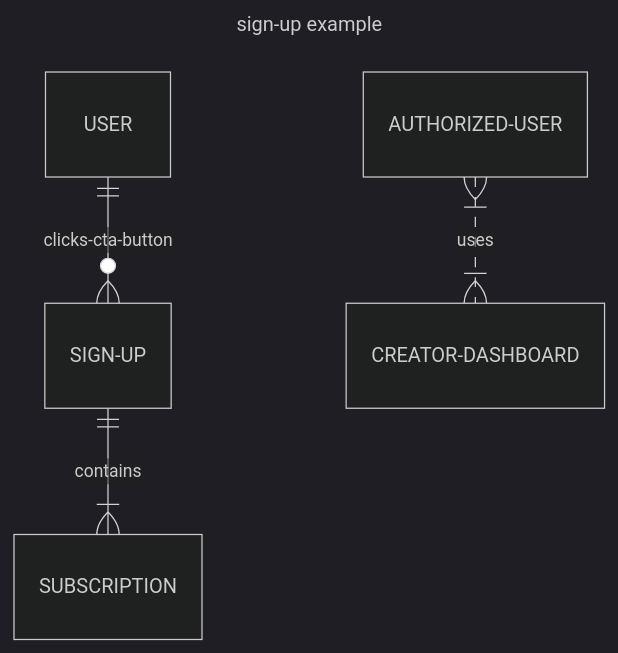
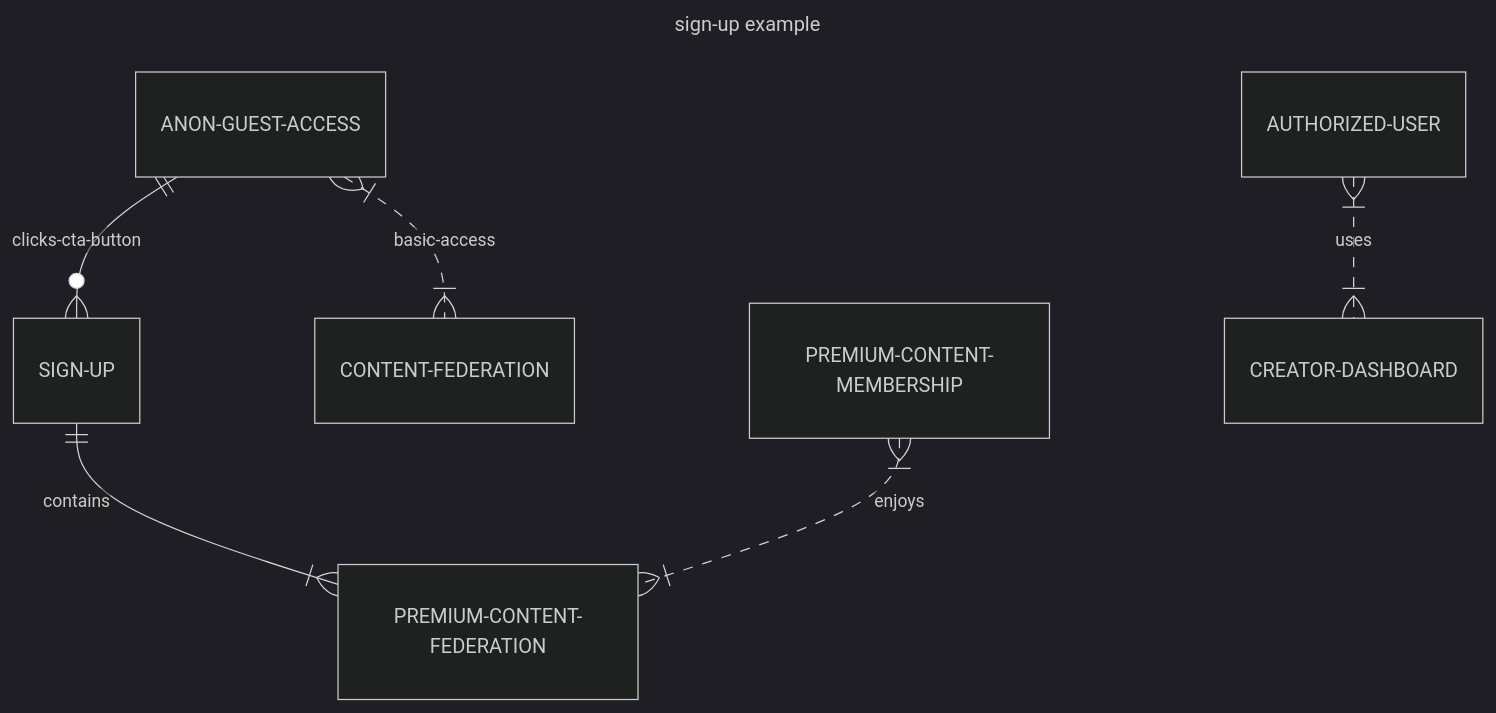
Before and after one commit to WrappedUsername/apexmite-jac: the second of 2 diagrams in README.md, drawn with Mermaid (dark theme).

````diff
--- a/README.md
+++ b/README.md
@@ -26,10 +26,11 @@
 ```mermaid 
 ---
 title: sign-up example
 ---
 erDiagram
-    USER ||--o{ SIGN-UP : clicks-cta-button
-    SIGN-UP ||--|{ SUBSCRIPTION : contains
+    ANON-GUEST-ACCESS ||--o{ SIGN-UP : clicks-cta-button
+    SIGN-UP ||--|{ PREMIUM-CONTENT-FEDERATION : contains
     AUTHORIZED-USER }|..|{ CREATOR-DASHBOARD : uses
-
+    PREMIUM-CONTENT-MEMBERSHIP }|..|{ PREMIUM-CONTENT-FEDERATION : enjoys
+    ANON-GUEST-ACCESS }|..|{ CONTENT-FEDERATION : basic-access
 ```
````
